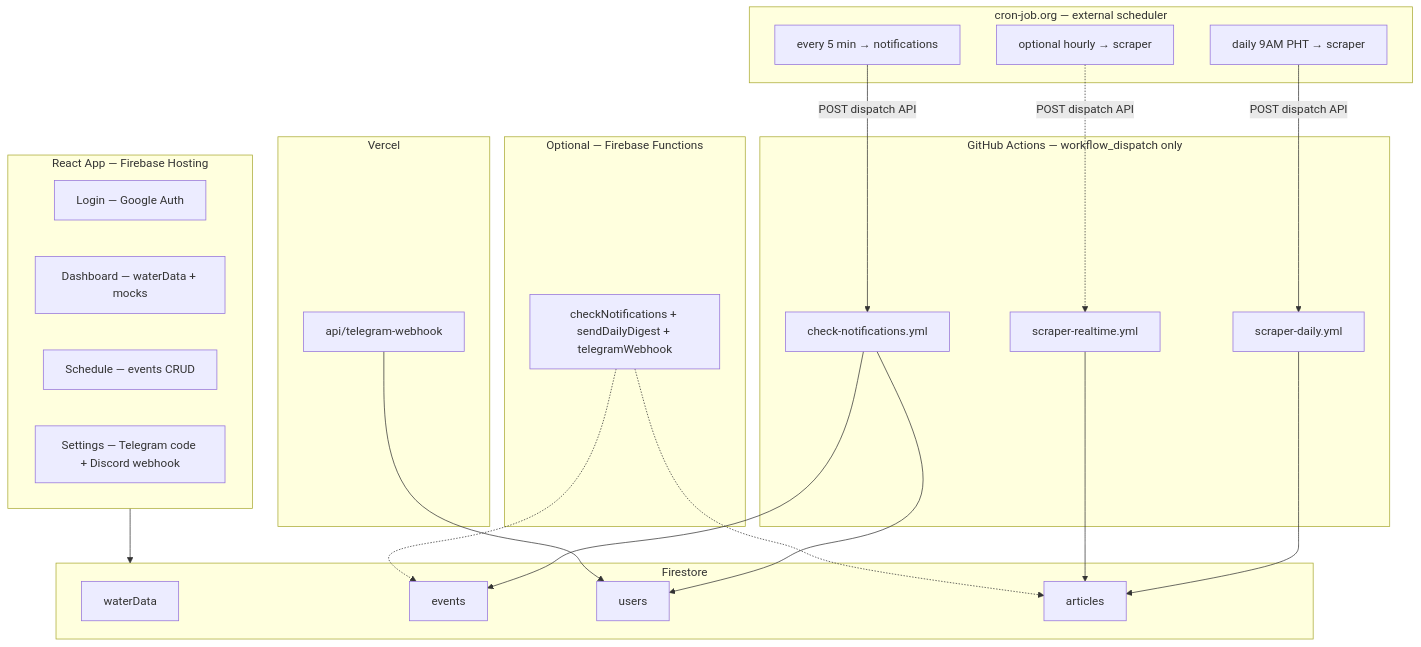
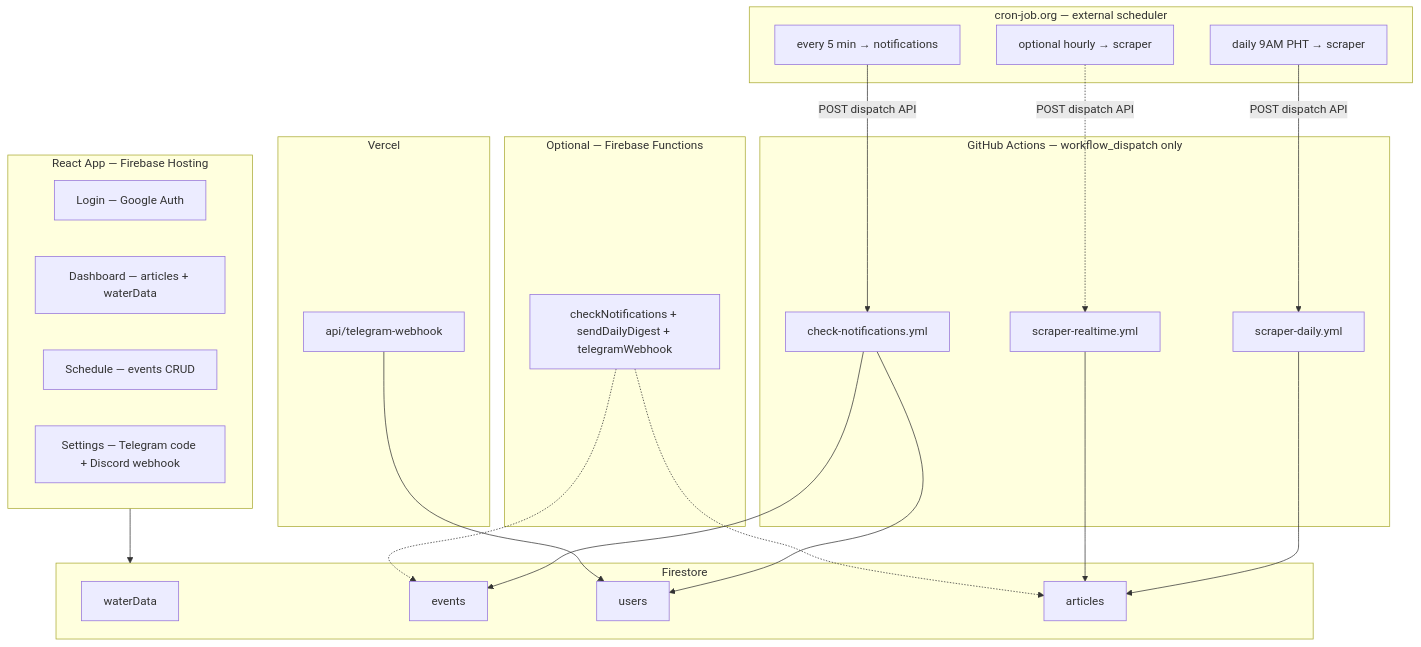
The diagram in README.md (LostLegacy123/aquawatch), drawn with Mermaid before and after one commit. The commit also changed other lines of this file and 10 other files, not shown here.

````diff
--- a/README.md
+++ b/README.md
@@ -23,48 +23,48 @@
 ```mermaid
 flowchart TB
   subgraph client ["React App — Firebase Hosting"]
     Login["Login — Google Auth"]
-    Dash["Dashboard — waterData + mocks"]
+    Dash["Dashboard — articles + waterData"]
     Sched["Schedule — events CRUD"]
     Set["Settings — Telegram code + Discord webhook"]
   end
 
   subgraph firestore ["Firestore"]
     WD["waterData"]
     EV["events"]
     US["users"]
     AR["articles"]
   end
 
   subgraph cronjob ["cron-job.org — external scheduler"]
     CJ5["every 5 min → notifications"]
     CJD["daily 9AM PHT → scraper"]
     CJH["optional hourly → scraper"]
   end
 
   subgraph gha ["GitHub Actions — workflow_dispatch only"]
     CN["check-notifications.yml"]
     SD["scraper-daily.yml"]
     SR["scraper-realtime.yml"]
   end
 
   subgraph vercel ["Vercel"]
     TW["api/telegram-webhook"]
   end
 
   subgraph legacy ["Optional — Firebase Functions"]
     CF["checkNotifications + sendDailyDigest + telegramWebhook"]
   end
 
   client --> firestore
   CJ5 -->|"POST dispatch API"| CN
   CJD -->|"POST dispatch API"| SD
   CJH -.->|"POST dispatch API"| SR
   CN --> EV
   CN --> US
   SD --> AR
   SR --> AR
   TW --> US
   CF -.-> EV
   CF -.-> AR
 ```
````
